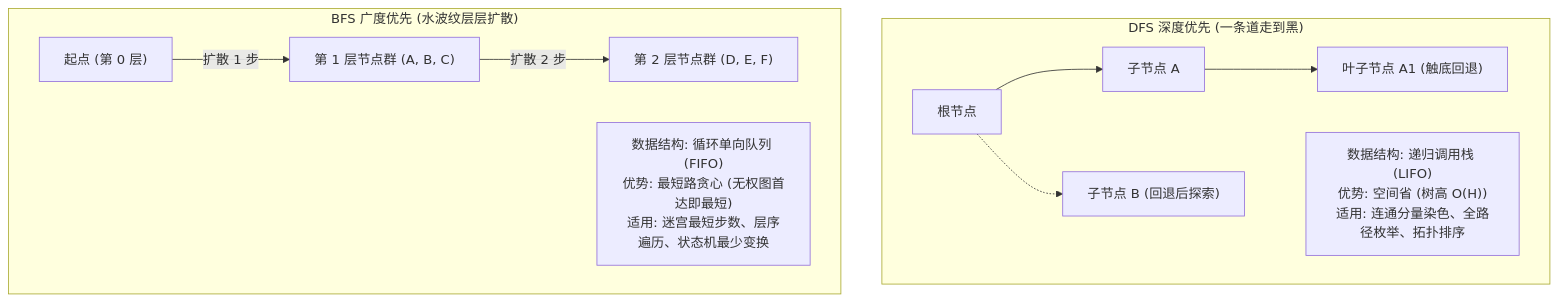
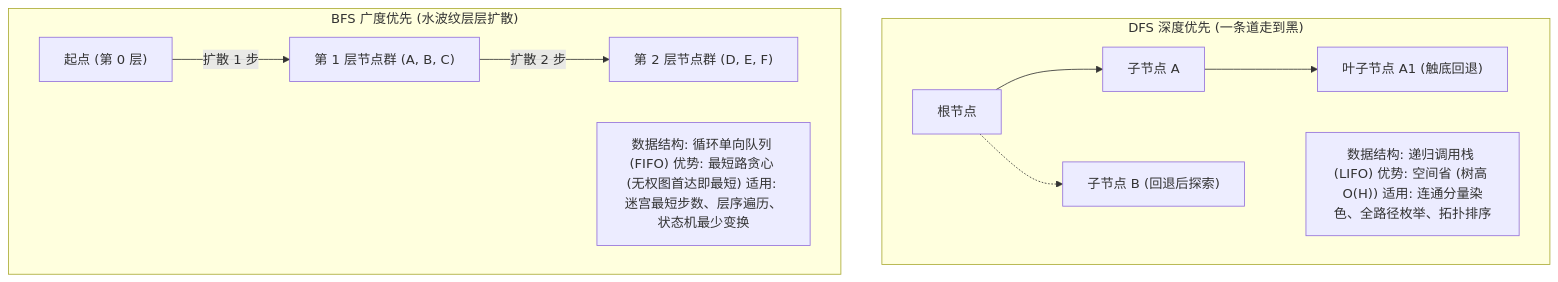
The diagram in 30-算法与数据结构/04-模板与技巧/04-模板-DFS-BFS.md (GuoWWWX/knowledge-base), drawn with Mermaid before and after one commit. The commit also changed 251 other files, not shown here.

````diff
--- a/30-算法与数据结构/04-模板与技巧/04-模板-DFS-BFS.md
+++ b/30-算法与数据结构/04-模板与技巧/04-模板-DFS-BFS.md
@@ -24,14 +24,14 @@
 ```mermaid
 flowchart TD
     subgraph DFS_Model["DFS 深度优先 (一条道走到黑)"]
         D1["根节点"] --> D2["子节点 A"] --> D3["叶子节点 A1 (触底回退)"]
         D1 -.-> D4["子节点 B (回退后探索)"]
-        NoteDFS["数据结构: 递归调用栈 (LIFO)<br/>优势: 空间省 (树高 O(H))<br/>适用: 连通分量染色、全路径枚举、拓扑排序"]
+        NoteDFS["数据结构: 递归调用栈 (LIFO) 优势: 空间省 (树高 O(H)) 适用: 连通分量染色、全路径枚举、拓扑排序"]
     end
 
     subgraph BFS_Model["BFS 广度优先 (水波纹层层扩散)"]
         B1["起点 (第 0 层)"] -->|"扩散 1 步"| B2["第 1 层节点群 (A, B, C)"]
         B2 -->|"扩散 2 步"| B3["第 2 层节点群 (D, E, F)"]
-        NoteBFS["数据结构: 循环单向队列 (FIFO)<br/>优势: 最短路贪心 (无权图首达即最短)<br/>适用: 迷宫最短步数、层序遍历、状态机最少变换"]
+        NoteBFS["数据结构: 循环单向队列 (FIFO) 优势: 最短路贪心 (无权图首达即最短) 适用: 迷宫最短步数、层序遍历、状态机最少变换"]
     end
 ```
````
